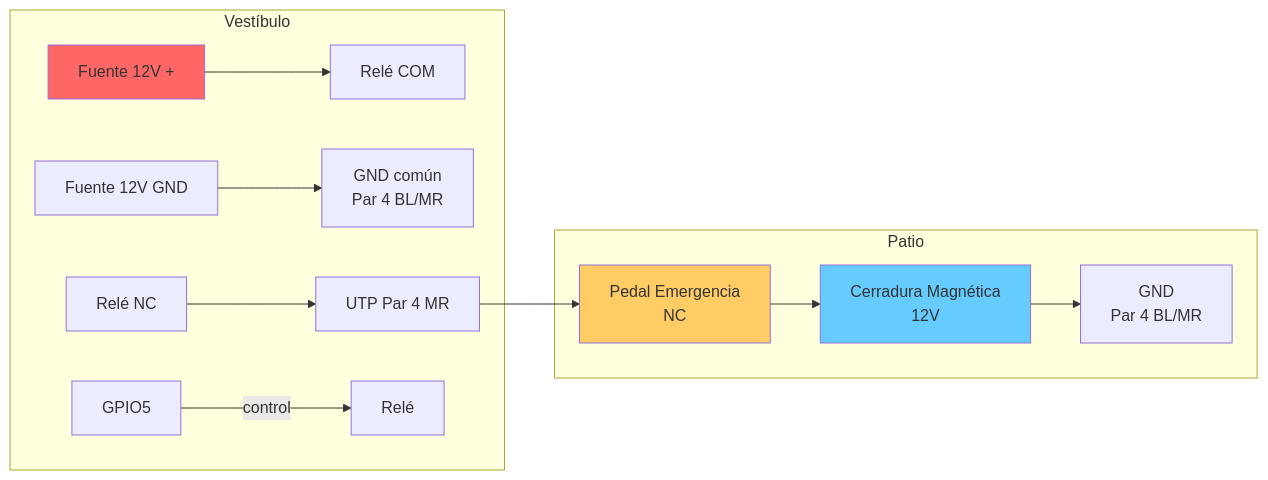
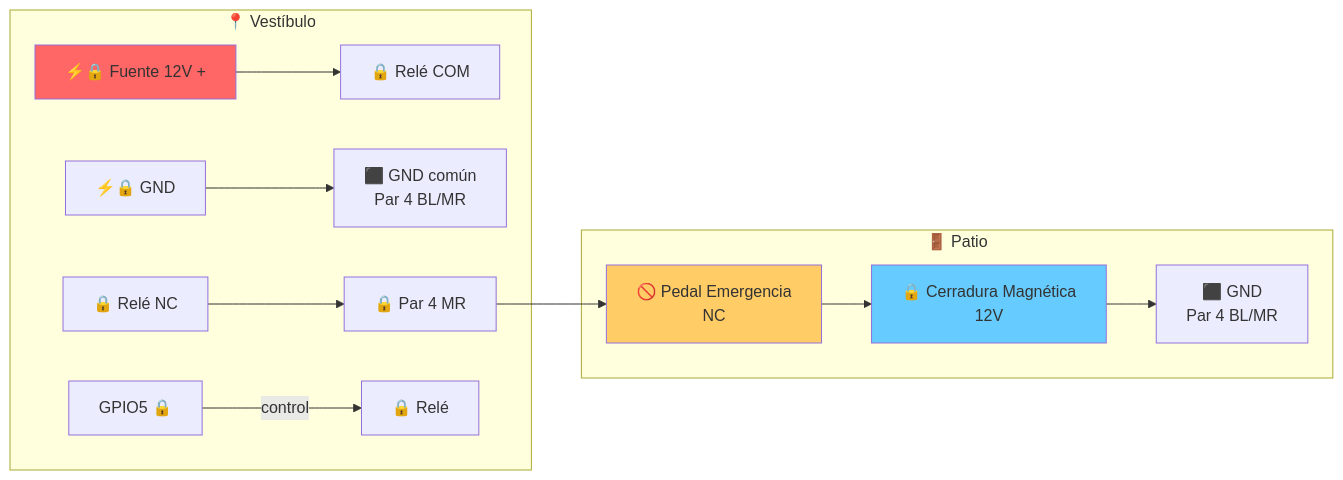
The sixth of 10 diagrams in SYSTEM_DEFINITION.md (abelbour/Abrepuertas), drawn with Mermaid before and after one commit. The commit also changed other lines of this file, not shown here.

Commit message:
Add emoji identifiers to tables and diagrams for signal identification

````diff
--- a/SYSTEM_DEFINITION.md
+++ b/SYSTEM_DEFINITION.md
@@ -429,19 +428,19 @@
 ```mermaid
 flowchart LR
-    subgraph Vestibulo["Vestíbulo"]
-        F12V[Fuente 12V +] --> ReleCOM[Relé COM]
-        F12V_GND[Fuente 12V GND] --> GND_UTP[GND común<br/>Par 4 BL/MR]
-        ReleNC[Relé NC] --> UTP_MR[UTP Par 4 MR]
-        GPIO5[GPIO5] -- control --> Rele[Relé]
+    subgraph Vestibulo["📍 Vestíbulo"]
+        F12V["⚡🔒 Fuente 12V +"] --> ReleCOM["🔒 Relé COM"]
+        F12V_GND["⚡🔒 GND"] --> GND_UTP["⬛ GND común<br/>Par 4 BL/MR"]
+        ReleNC["🔒 Relé NC"] --> UTP_MR["🔒 Par 4 MR"]
+        G5["GPIO5 🔒"] -- control --> Rele["🔒 Relé"]
     end
 
-    subgraph Patio["Patio"]
-        UTP_MR --> Pedal[Pedal Emergencia<br/>NC]
-        Pedal --> Lock[Cerradura Magnética<br/>12V]
-        Lock --> GND_Lock[GND<br/>Par 4 BL/MR]
+    subgraph Patio["🚪 Patio"]
+        UTP_MR --> Pedal["🚫 Pedal Emergencia<br/>NC"]
+        Pedal --> Lock["🔒 Cerradura Magnética<br/>12V"]
+        Lock --> GND_Lock["⬛ GND<br/>Par 4 BL/MR"]
     end
 
     style F12V fill:#f66
     style Lock fill:#6cf
     style Pedal fill:#fc6
 ```
````
